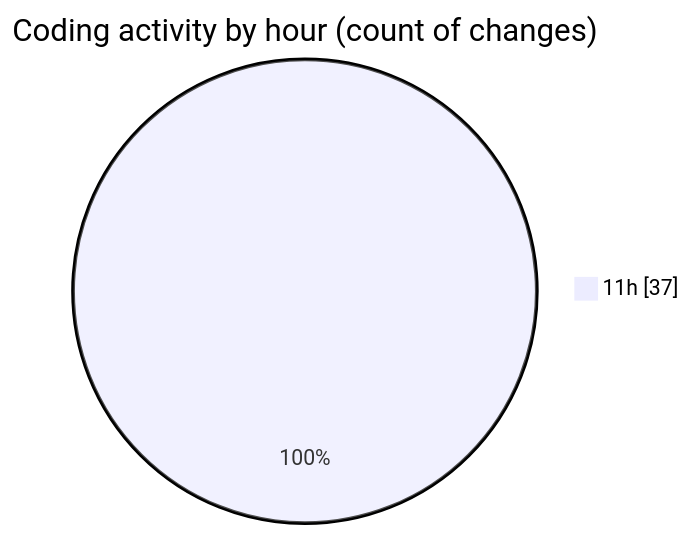
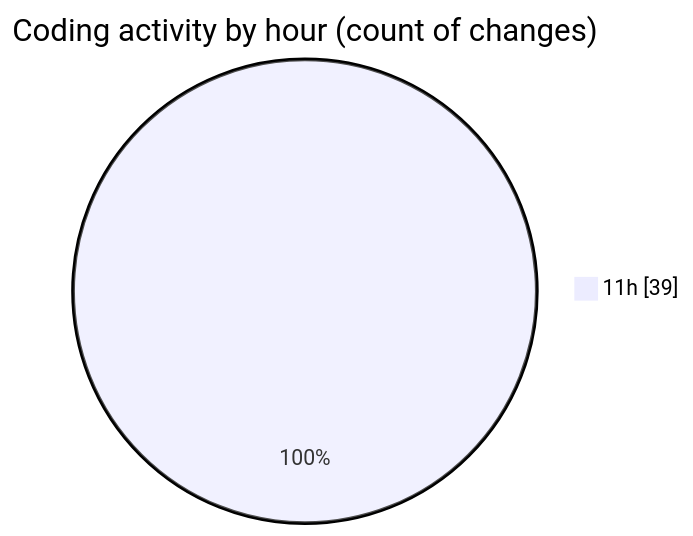
Before and after one commit to momahboobian/code-tracking: the second of 2 diagrams in 2026-03-27/cda/README.md, drawn with Mermaid. The commit also changed other lines of this file and 1 other file, not shown here.

````diff
--- a/2026-03-27/cda/README.md
+++ b/2026-03-27/cda/README.md
@@ -31,5 +33,5 @@
 ```mermaid
 pie showData
 title Coding activity by hour (count of changes)
-"11h" : 37
+"11h" : 39
 ```
````
